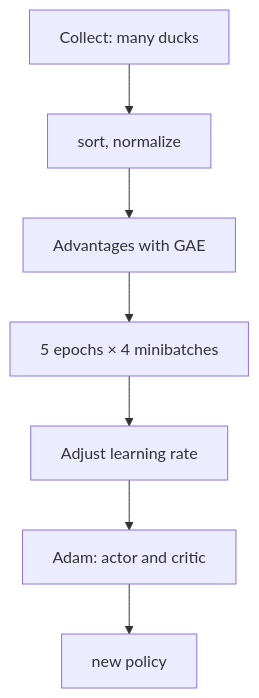
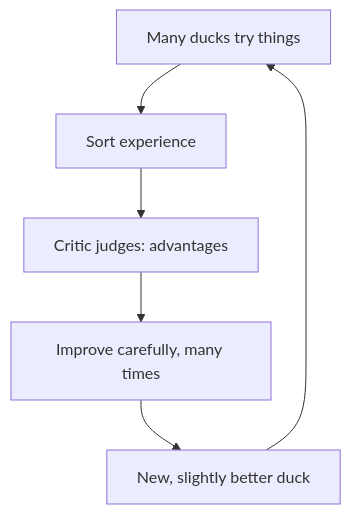
The third of 4 diagrams in kern/docs/book-yellow/A-neural-networks.md (ChristianHohlfeld/kernengine.de), drawn with Mermaid before and after one commit. The commit also changed other lines of this file and 22 other files, not shown here.

````diff
--- a/kern/docs/book-yellow/A-neural-networks.md
+++ b/kern/docs/book-yellow/A-neural-networks.md
@@ -419,9 +560,9 @@
 ```mermaid
+%% Caption: A PPO round: collect, judge, improve carefully
 flowchart TD
-  S["Collect: many ducks"] --> N["sort, normalize"]
-  N --> G["Advantages with GAE"]
-  G --> E["5 epochs × 4 minibatches"]
-  E --> K["Adjust learning rate"]
-  K --> A["Adam: actor and critic"]
-  A --> P["new policy"]
+  S["Many ducks try things"] --> O["Sort experience"]
+  O --> G["Critic judges: advantages"]
+  G --> L["Improve carefully, many times"]
+  L --> P["New, slightly better duck"]
+  P --> S
 ```
````
